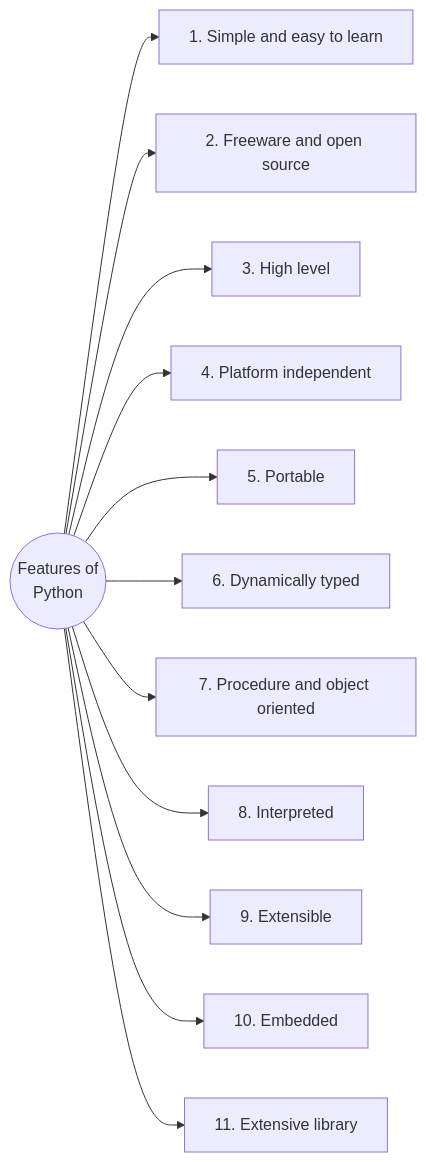
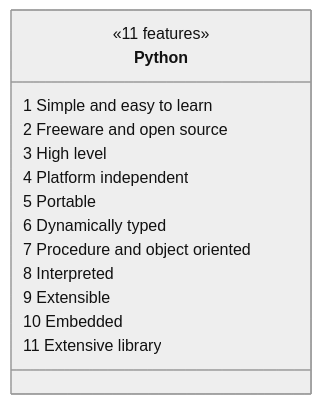
One commit to ajay-nikumbh/Python-Programming-Complete-Course changed the fifth of 9 diagrams in 01. Language fundamentals/README.md. Above: the diagram before and after it, drawn with Mermaid. The commit also changed other lines of this file and 5 other files, not shown here.

First line of the commit message:
docs: add notes for 03.1 Strings and replace tree diagrams

````diff
--- a/01. Language fundamentals/README.md
+++ b/01. Language fundamentals/README.md
@@ -306,14 +297,18 @@
 ```mermaid
-flowchart LR
-    P(("Features of<br/>Python")) --> F1["1. Simple and easy to learn"]
-    P --> F2["2. Freeware and open source"]
-    P --> F3["3. High level"]
-    P --> F4["4. Platform independent"]
-    P --> F5["5. Portable"]
-    P --> F6["6. Dynamically typed"]
-    P --> F7["7. Procedure and object oriented"]
-    P --> F8["8. Interpreted"]
-    P --> F9["9. Extensible"]
-    P --> F10["10. Embedded"]
-    P --> F11["11. Extensive library"]
+%%{init: {"theme": "neutral", "themeVariables": {"fontFamily": "Trebuchet MS"}}}%%
+classDiagram
+    class Python {
+        <<11 features>>
+        1 Simple and easy to learn
+        2 Freeware and open source
+        3 High level
+        4 Platform independent
+        5 Portable
+        6 Dynamically typed
+        7 Procedure and object oriented
+        8 Interpreted
+        9 Extensible
+        10 Embedded
+        11 Extensive library
+    }
 ```
````
